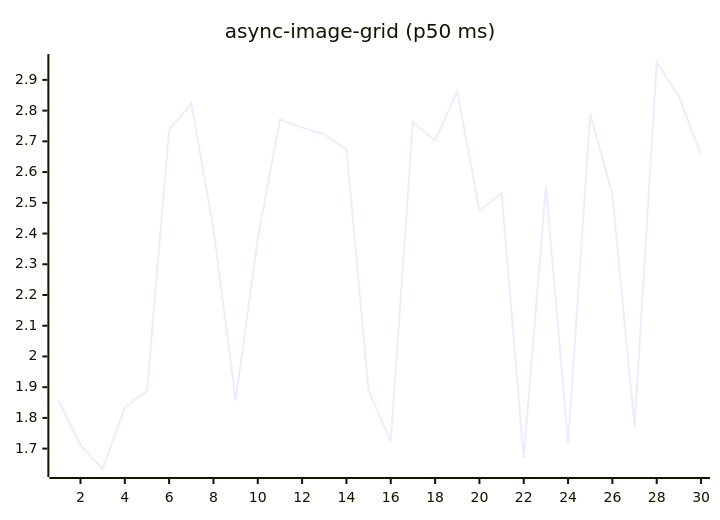
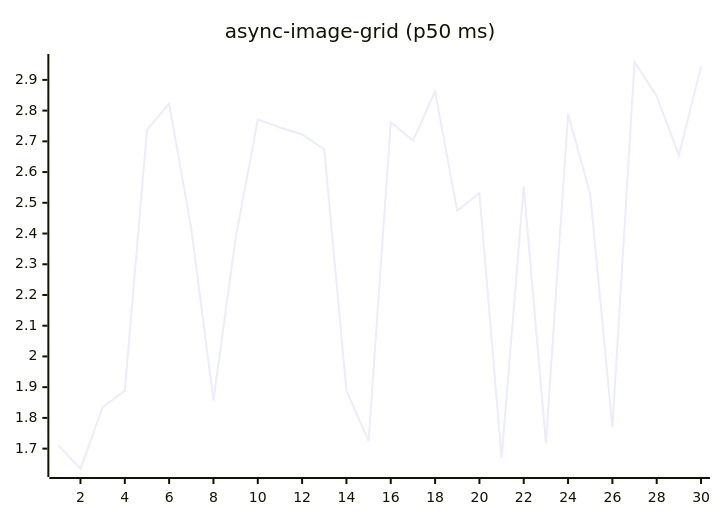
Before and after one commit to josha/Facet: the fifth of 27 diagrams in README.md, drawn with Mermaid. The commit also changed other lines of this file and 2 other files, not shown here.

````diff
--- a/README.md
+++ b/README.md
@@ -91,6 +91,6 @@
 ```mermaid
 xychart-beta
     title "async-image-grid (p50 ms)"
     x-axis 1 --> 30
-    line [1.8583, 1.7113, 1.6337, 1.8346, 1.8885, 2.7375, 2.8223, 2.4153, 1.8565, 2.3845, 2.7705, 2.7451, 2.7222, 2.6737, 1.8884, 1.7244, 2.7624, 2.7026, 2.8617, 2.4742, 2.5316, 1.6696, 2.5539, 1.7175, 2.7892, 2.5277, 1.7701, 2.9582, 2.8471, 2.6552]
+    line [1.7113, 1.6337, 1.8346, 1.8885, 2.7375, 2.8223, 2.4153, 1.8565, 2.3845, 2.7705, 2.7451, 2.7222, 2.6737, 1.8884, 1.7244, 2.7624, 2.7026, 2.8617, 2.4742, 2.5316, 1.6696, 2.5539, 1.7175, 2.7892, 2.5277, 1.7701, 2.9582, 2.8471, 2.6552, 2.9433]
 ```
````
